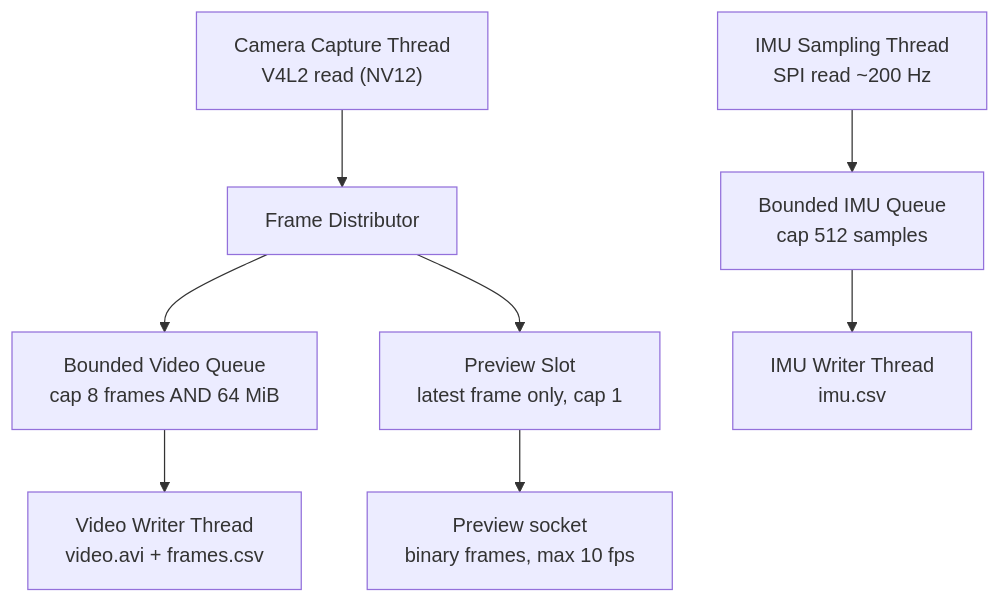
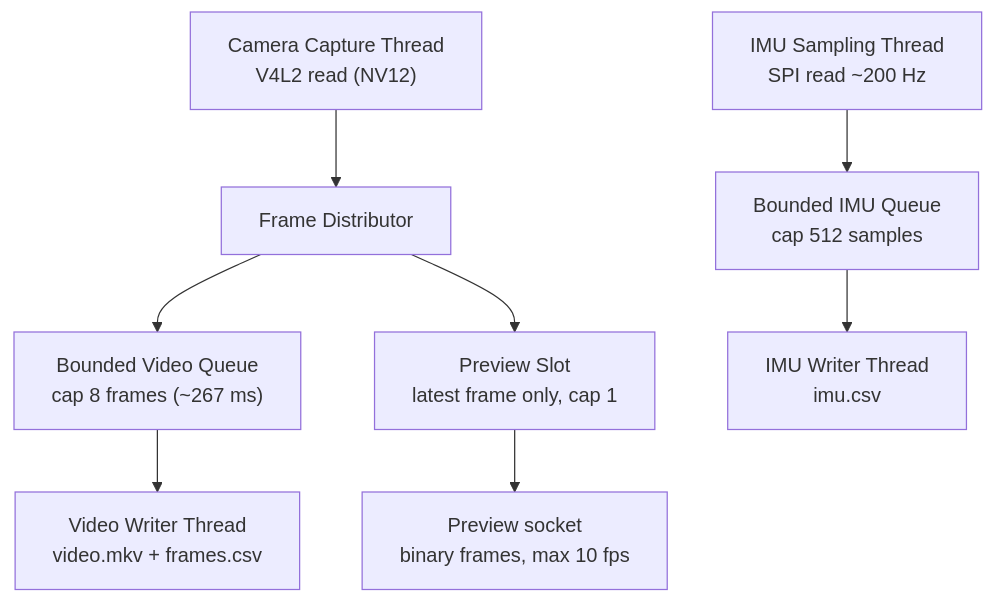
One commit to K12231217/tspi-cam changed the third of 4 diagrams in docs/architecture.md. Above: the diagram before and after it, drawn with Mermaid. The commit also changed other lines of this file and 4 other files, not shown here.

````diff
--- a/docs/architecture.md
+++ b/docs/architecture.md
@@ -178,10 +181,10 @@
 ```mermaid
 flowchart TB
     Cap["Camera Capture Thread\nV4L2 read (NV12)"] --> Dist["Frame Distributor"]
-    Dist --> VQ["Bounded Video Queue\ncap 8 frames AND 64 MiB"]
+    Dist --> VQ["Bounded Video Queue\ncap 8 frames (~267 ms)"]
     Dist --> Prev["Preview Slot\nlatest frame only, cap 1"]
-    VQ --> VW["Video Writer Thread\nvideo.avi + frames.csv"]
+    VQ --> VW["Video Writer Thread\nvideo.mkv + frames.csv"]
     IMU["IMU Sampling Thread\nSPI read ~200 Hz"] --> IQ["Bounded IMU Queue\ncap 512 samples"]
     IQ --> IW["IMU Writer Thread\nimu.csv"]
     Prev --> IPC2["Preview socket\nbinary frames, max 10 fps"]
 ```
````
